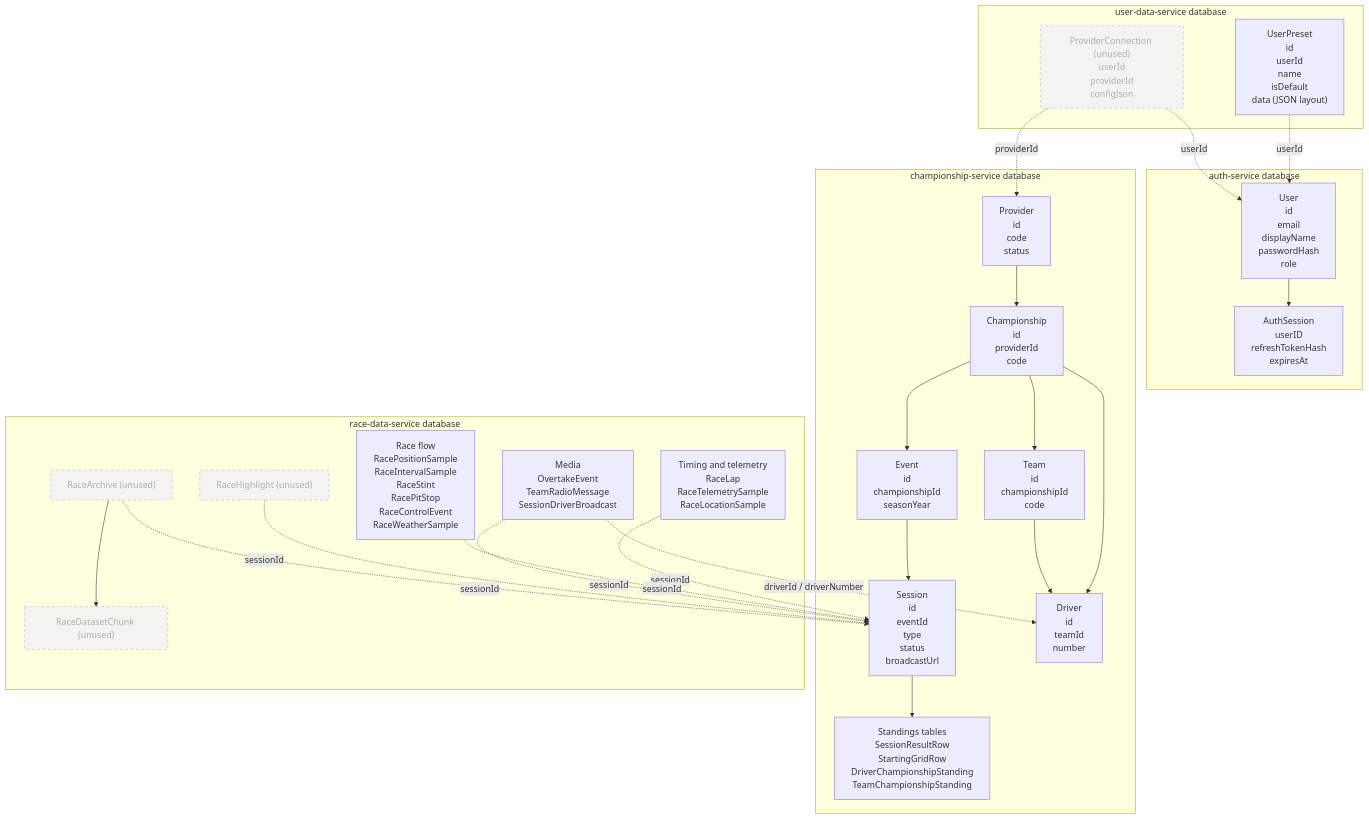
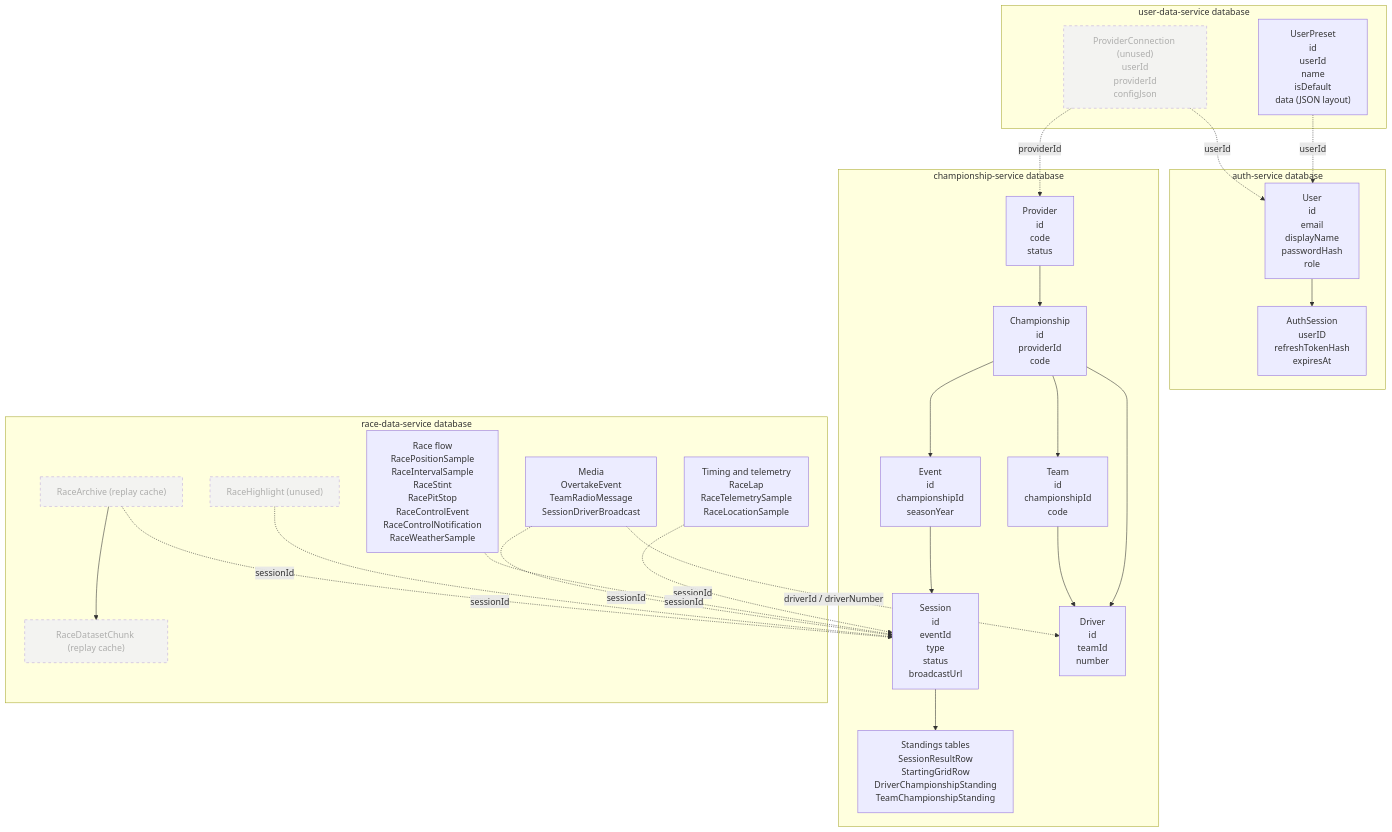
The diagram in docs/database-diagram.mmd (OverDrive-Motorsports/OD_Backend), drawn with Mermaid before and after one commit. The commit also changed 106 other files, not shown here.

```diff
--- a/docs/database-diagram.mmd
+++ b/docs/database-diagram.mmd
@@ -1,103 +1,104 @@
 flowchart TB
     subgraph AUTH_DB["auth-service database"]
         AUTH_USER["User
 id
 email
 displayName
 passwordHash
 role"]
         AUTH_SESSION["AuthSession
 userID
 refreshTokenHash
 expiresAt"]
         AUTH_USER --> AUTH_SESSION
     end
 
     subgraph USER_DATA_DB["user-data-service database"]
         UDS_PRESET["UserPreset
 id
 userId
 name
 isDefault
 data (JSON layout)"]
         UDS_CONNECTION["ProviderConnection (unused)
 userId
 providerId
 configJson"]
     end
 
     subgraph CHAMPIONSHIP_DB["championship-service database"]
         CH_PROVIDER["Provider
 id
 code
 status"]
         CH_CHAMP["Championship
 id
 providerId
 code"]
         CH_EVENT["Event
 id
 championshipId
 seasonYear"]
         CH_SESSION["Session
 id
 eventId
 type
 status
 broadcastUrl"]
         CH_TEAM["Team
 id
 championshipId
 code"]
         CH_DRIVER["Driver
 id
 teamId
 number"]
         CH_STANDINGS["Standings tables
 SessionResultRow
 StartingGridRow
 DriverChampionshipStanding
 TeamChampionshipStanding"]
         CH_PROVIDER --> CH_CHAMP
         CH_CHAMP --> CH_EVENT
         CH_CHAMP --> CH_TEAM
         CH_CHAMP --> CH_DRIVER
         CH_EVENT --> CH_SESSION
         CH_TEAM --> CH_DRIVER
         CH_SESSION --> CH_STANDINGS
     end
 
     subgraph RACE_DATA_DB["race-data-service database"]
         RD_TIMING["Timing and telemetry
 RaceLap
 RaceTelemetrySample
 RaceLocationSample"]
         RD_FLOW["Race flow
 RacePositionSample
 RaceIntervalSample
 RaceStint
 RacePitStop
 RaceControlEvent
+RaceControlNotification
 RaceWeatherSample"]
         RD_MEDIA["Media
 OvertakeEvent
 TeamRadioMessage
 SessionDriverBroadcast"]
         RD_HIGHLIGHT["RaceHighlight (unused)"]
-        RD_ARCHIVE["RaceArchive (unused)"]
-        RD_CHUNK["RaceDatasetChunk (unused)"]
+        RD_ARCHIVE["RaceArchive (replay cache)"]
+        RD_CHUNK["RaceDatasetChunk (replay cache)"]
         RD_ARCHIVE --> RD_CHUNK
     end
 
     UDS_PRESET -. "userId" .-> AUTH_USER
     UDS_CONNECTION -. "userId" .-> AUTH_USER
     UDS_CONNECTION -. "providerId" .-> CH_PROVIDER
     RD_TIMING -. "sessionId" .-> CH_SESSION
     RD_FLOW -. "sessionId" .-> CH_SESSION
     RD_MEDIA -. "sessionId" .-> CH_SESSION
     RD_MEDIA -. "driverId / driverNumber" .-> CH_DRIVER
     RD_HIGHLIGHT -. "sessionId" .-> CH_SESSION
     RD_ARCHIVE -. "sessionId" .-> CH_SESSION
 
     classDef unused stroke-dasharray: 5 5,opacity:0.6
     class UDS_CONNECTION,RD_HIGHLIGHT,RD_ARCHIVE,RD_CHUNK unused
```
